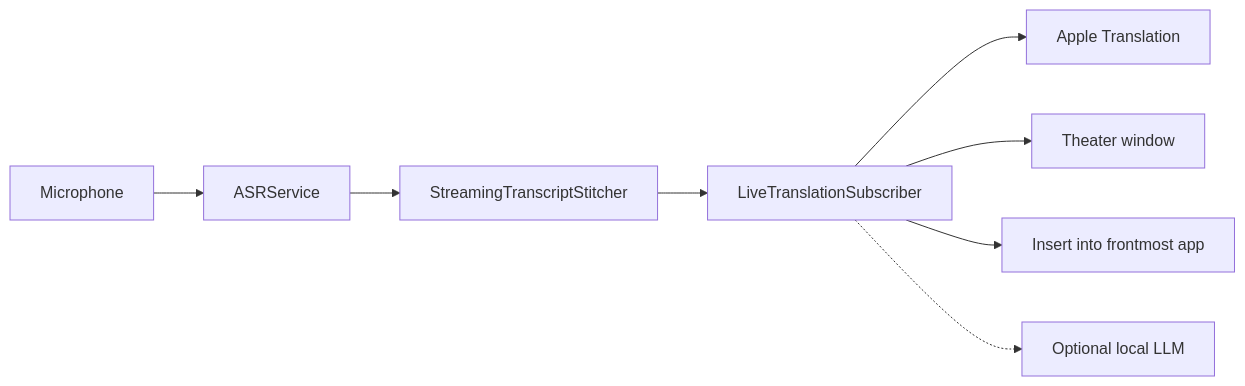
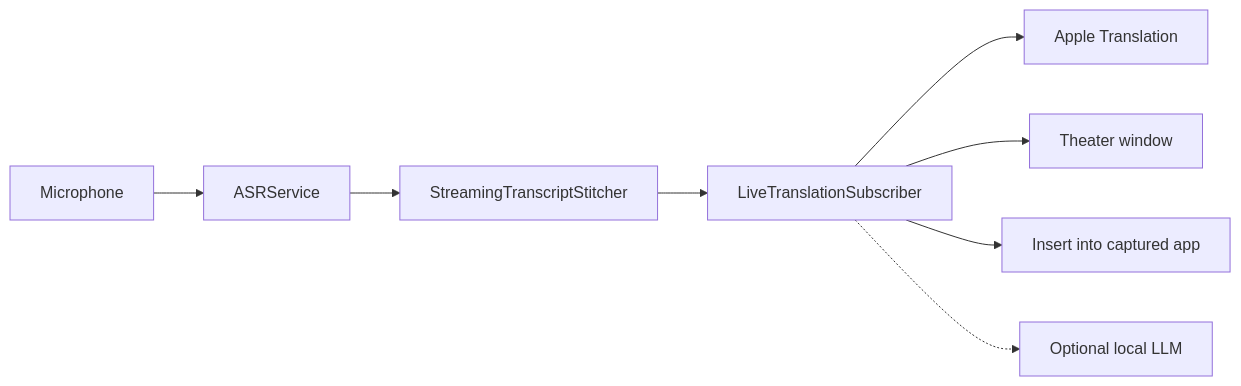
The diagram in docs/ARCHITECTURE.md (chrisswimlee/fluidSubtitles), drawn with Mermaid before and after one commit. The commit also changed other lines of this file and 184 other files, not shown here.

````diff
--- a/docs/ARCHITECTURE.md
+++ b/docs/ARCHITECTURE.md
@@ -5,10 +5,10 @@
 ```mermaid
 flowchart LR
   mic[Microphone] --> asr[ASRService]
   asr --> stitcher[StreamingTranscriptStitcher]
   stitcher --> subscriber[LiveTranslationSubscriber]
   subscriber --> apple[Apple Translation]
   subscriber --> theater[Theater window]
-  subscriber --> insert[Insert into frontmost app]
+  subscriber --> insert[Insert into captured app]
   subscriber -.-> mlx[Optional local LLM]
 ```
````
